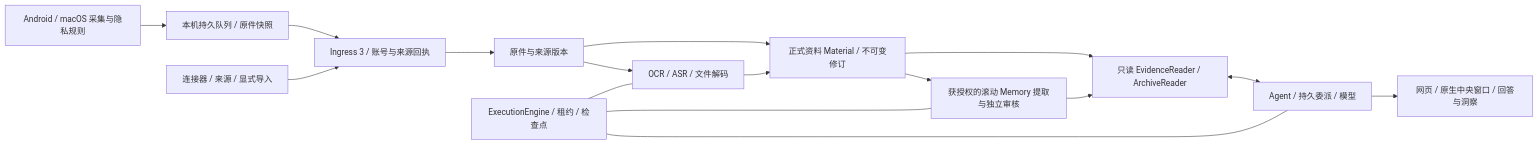
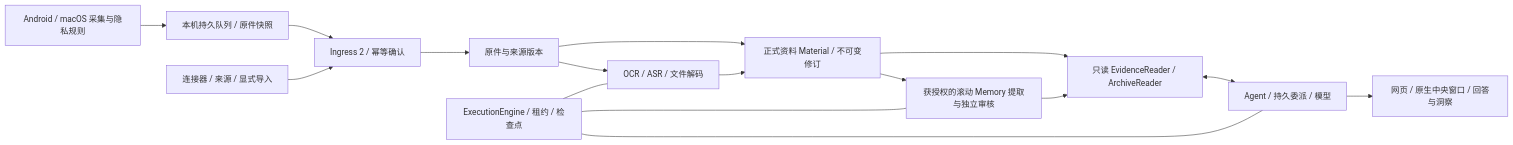
One commit to takenplan/mote changed the diagram in docs/architecture.md. Above: the diagram before and after it, drawn with Mermaid. The commit also changed other lines of this file and 2031 other files, not shown here.

````diff
--- a/docs/architecture.md
+++ b/docs/architecture.md
@@ -19,18 +15,18 @@
 ```mermaid
 flowchart LR
   C[Android / macOS 采集与隐私规则] --> Q[本机持久队列 / 原件快照]
-  Q --> I[Ingress 3 / 账号与来源回执]
+  Q --> I[Ingress 2 / 幂等确认]
   S[连接器 / 来源 / 显式导入] --> I
   I --> R[原件与来源版本]
   R --> M[正式资料 Material / 不可变修订]
   R --> P[OCR / ASR / 文件解码]
   P --> M
   M --> E[只读 EvidenceReader / ArchiveReader]
   M --> W[获授权的滚动 Memory 提取与独立审核]
   W --> E
   E <--> A[Agent / 持久委派 / 模型]
   A --> U[网页 / 原生中央窗口 / 回答与洞察]
   X[ExecutionEngine / 租约 / 检查点] --- P
   X --- W
   X --- A
 ```
````
